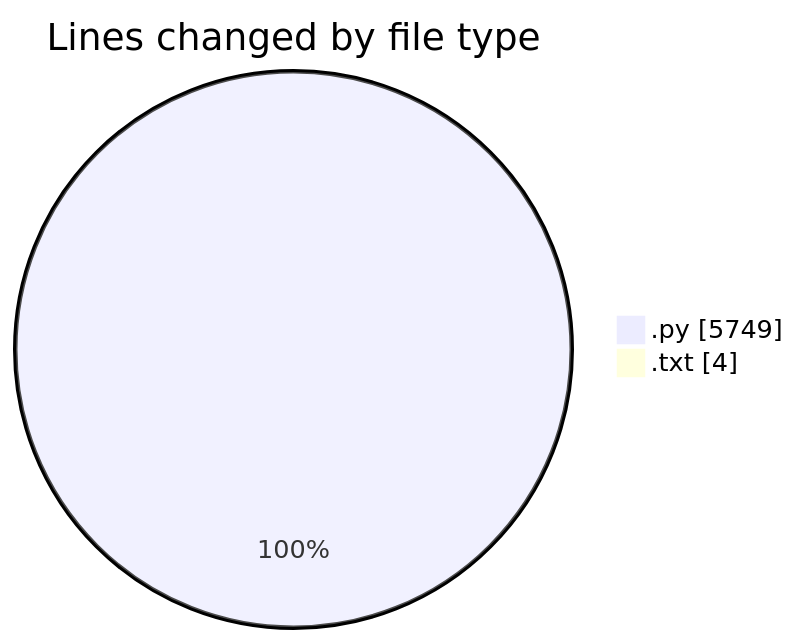
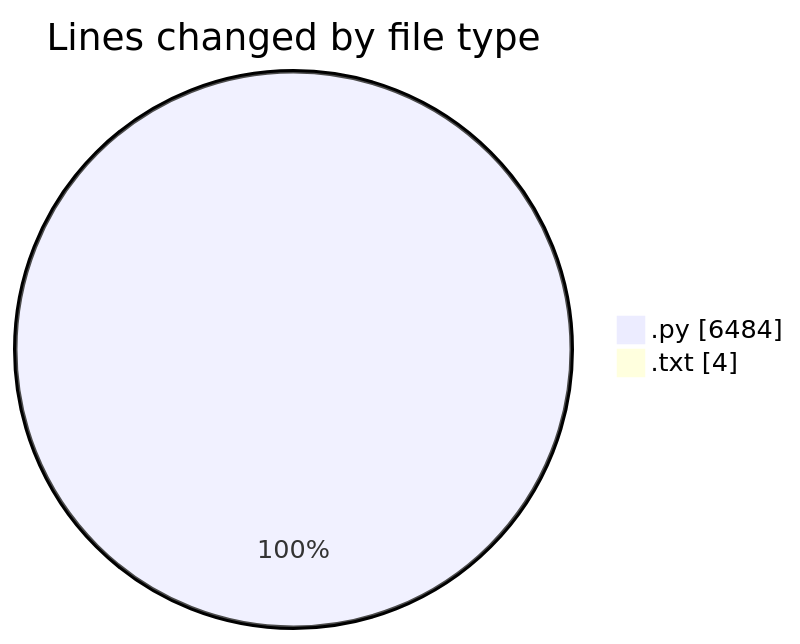
The first of 2 diagrams in 2025-06-01/video_app/README.md (CELIANVF/code-tracking), drawn with Mermaid before and after one commit. The commit also changed other lines of this file and 1 other file, not shown here.

````diff
--- a/2025-06-01/video_app/README.md
+++ b/2025-06-01/video_app/README.md
@@ -29,6 +29,6 @@
 ```mermaid
 pie showData
 title Lines changed by file type
-".py" : 5749
+".py" : 6484
 ".txt" : 4
 ```
````
